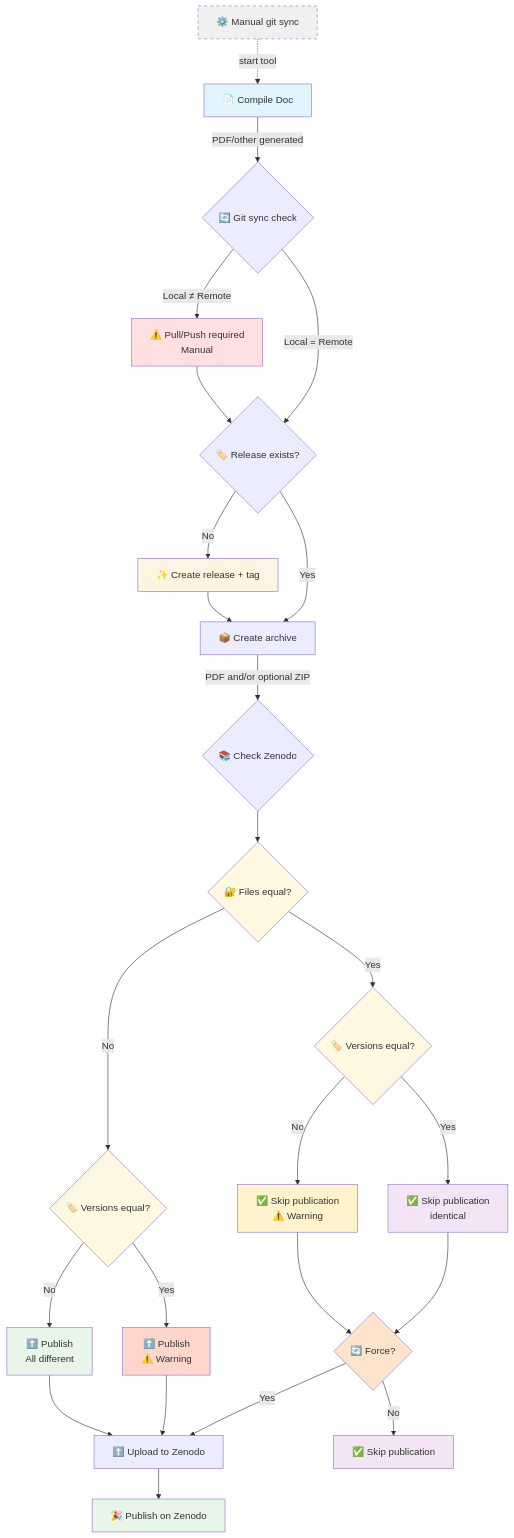
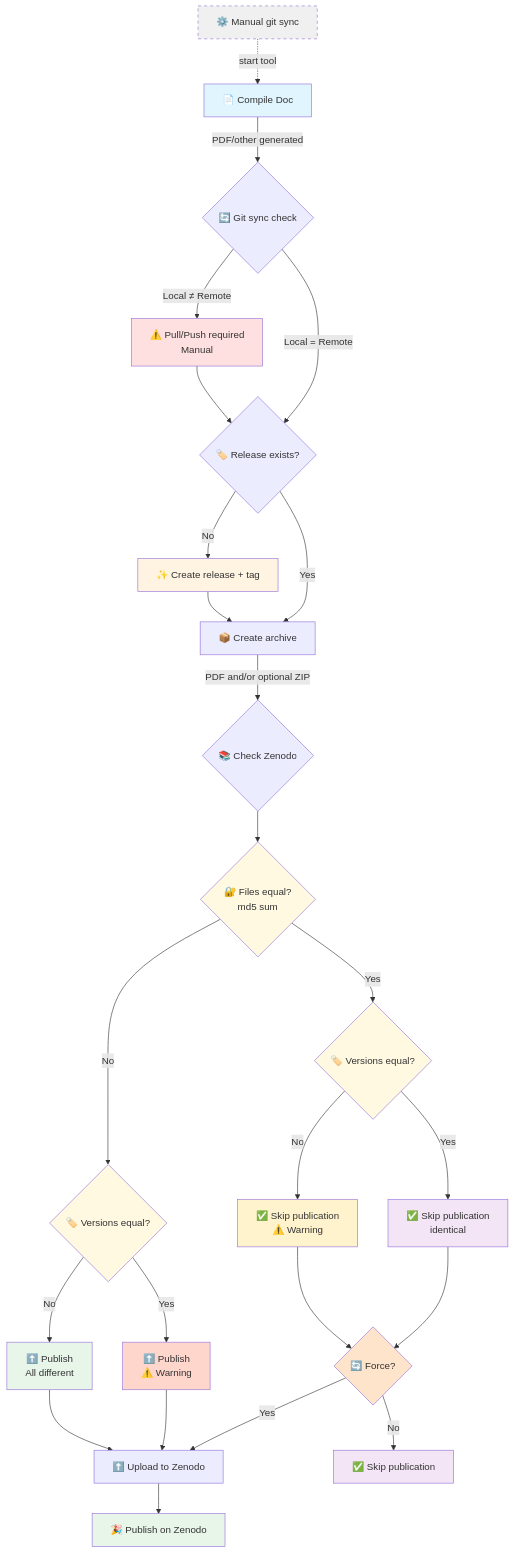
The diagram in README.md (weberBen/zenodo-publisher), drawn with Mermaid before and after one commit. The commit also changed other lines of this file and 2 other files, not shown here.

````diff
--- a/README.md
+++ b/README.md
@@ -20,41 +20,41 @@
 ```mermaid
 graph TD
     Z[⚙️ Manual git sync] -.->|start tool| A
     A[📄 Compile Doc] -->|PDF/other generated| B{🔄 Git sync check}
     B -->|Local ≠ Remote| C[⚠️ Pull/Push required <br/> Manual]
     B -->|Local = Remote| D{🏷️ Release exists?}
     C --> D
     D -->|No| E[✨ Create release + tag]
     D -->|Yes| F[📦 Create archive]
     E --> F
     F -->|PDF and/or optional ZIP| G{📚 Check Zenodo}
-    G --> H{🔐 Files equal?}
+    G --> H{🔐 Files equal? <br/> md5 sum}
     H -->|Yes| I{🏷️ Versions equal?}
     H -->|No| J{🏷️ Versions equal?}
     I -->|Yes| K[✅ Skip publication <br/> identical]
     I -->|No| L[✅ Skip publication <br/>⚠️ Warning]
     J -->|Yes| M[⬆️ Publish <br/>⚠️ Warning]
     J -->|No| N[⬆️ Publish <br/> All different]
     K --> O{🔄 Force?}
     L --> O
     O -->|Yes| P[⬆️ Upload to Zenodo]
     O -->|No| Q[✅ Skip publication]
     M --> P
     N --> P
     P --> R[🎉 Publish on Zenodo]
     
     style Z fill:#f0f0f0,stroke-dasharray: 5 5
     style A fill:#e1f5ff
     style E fill:#fff4e1
     style R fill:#e8f5e9
     style Q fill:#f3e5f5
     style K fill:#f3e5f5
     style L fill:#fff3cd
     style C fill:#ffe0e0
     style H fill:#fff9e1
     style I fill:#fff9e1
     style J fill:#fff9e1
     style M fill:#ffd6cc
     style N fill:#e8f5e9
     style O fill:#ffe4cc
 ```
````
